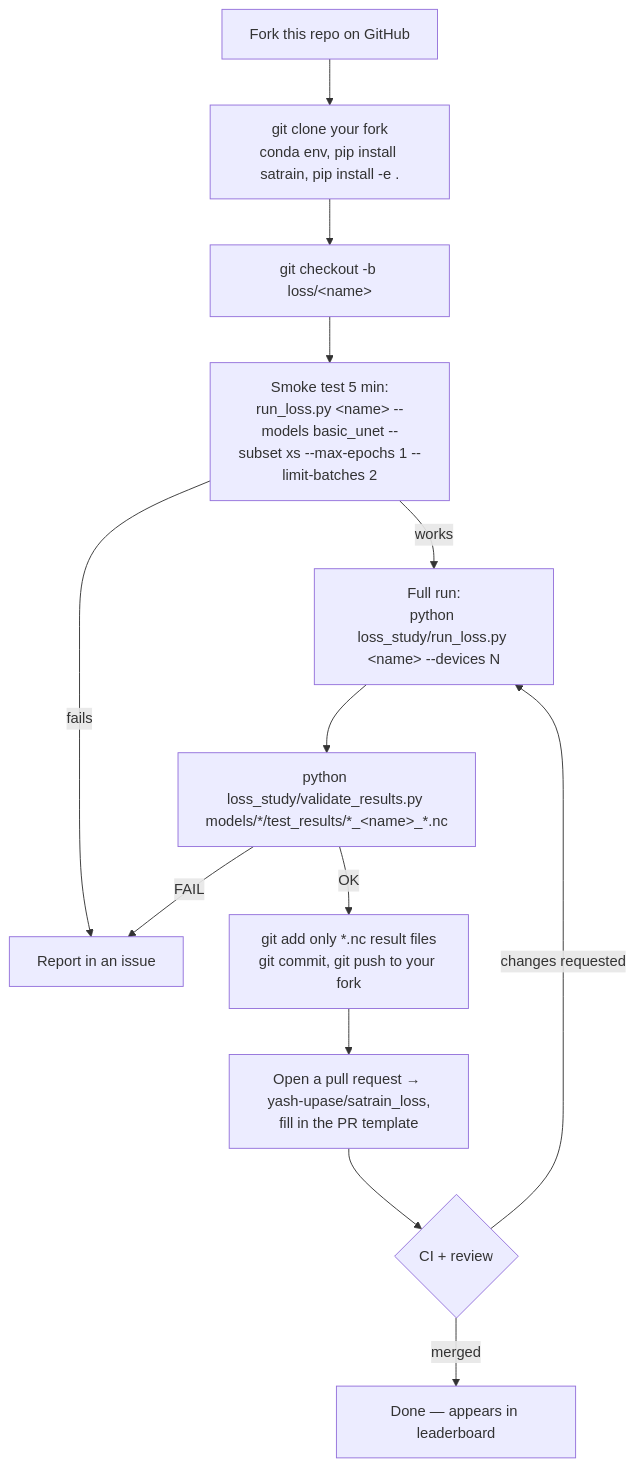
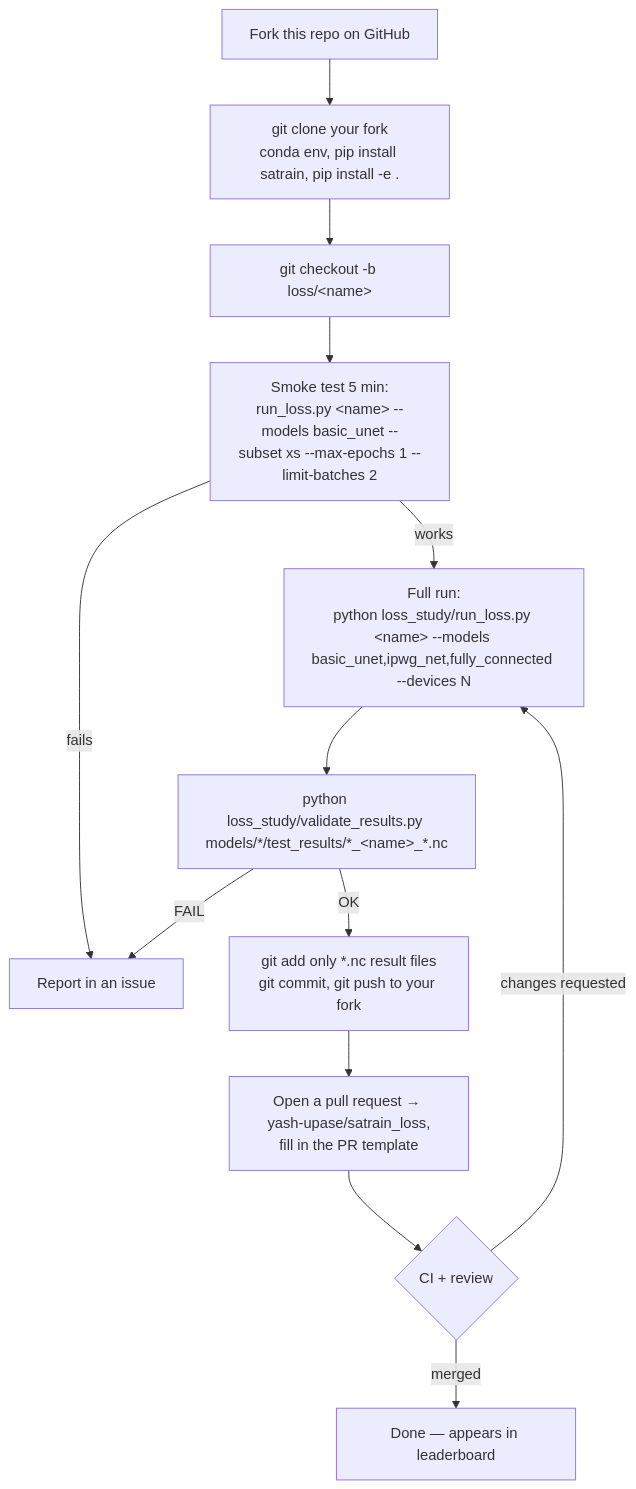
One commit to yash-upase/satrain_loss changed the seventh of 9 diagrams in loss_study/STUDY_GUIDE.md. Above: the diagram before and after it, drawn with Mermaid. The commit also changed other lines of this file and 13 other files, not shown here.

Commit message:
Study protocol: 100 epochs, current model focus, figure script

````diff
--- a/loss_study/STUDY_GUIDE.md
+++ b/loss_study/STUDY_GUIDE.md
@@ -375,15 +362,15 @@
 ```mermaid
 flowchart TD
     A[Fork this repo on GitHub] --> B[git clone your fork<br/>conda env, pip install satrain, pip install -e .]
     B --> C[git checkout -b loss/&lt;name&gt;]
     C --> D[Smoke test 5 min:<br/>run_loss.py &lt;name&gt; --models basic_unet --subset xs --max-epochs 1 --limit-batches 2]
-    D -->|works| E[Full run:<br/>python loss_study/run_loss.py &lt;name&gt; --devices N]
+    D -->|works| E[Full run:<br/>python loss_study/run_loss.py &lt;name&gt; --models basic_unet,ipwg_net,fully_connected --devices N]
     D -->|fails| Z[Report in an issue]
     E --> F[python loss_study/validate_results.py models/*/test_results/*_&lt;name&gt;_*.nc]
     F -->|FAIL| Z
     F -->|OK| G[git add only *.nc result files<br/>git commit, git push to your fork]
     G --> H[Open a pull request → yash-upase/satrain_loss,<br/>fill in the PR template]
     H --> I{CI + review}
     I -->|changes requested| E
     I -->|merged| J[Done — appears in leaderboard]
 ```
````
